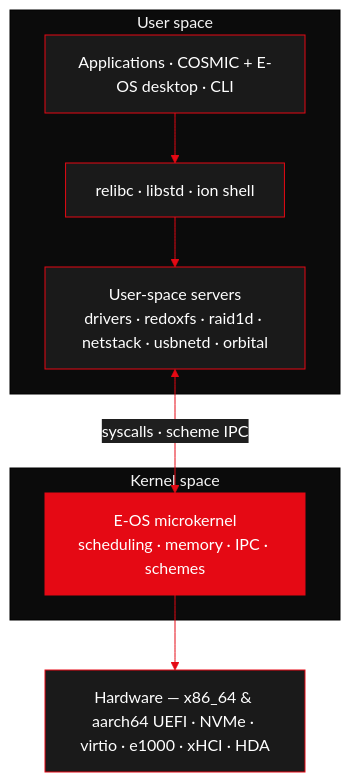
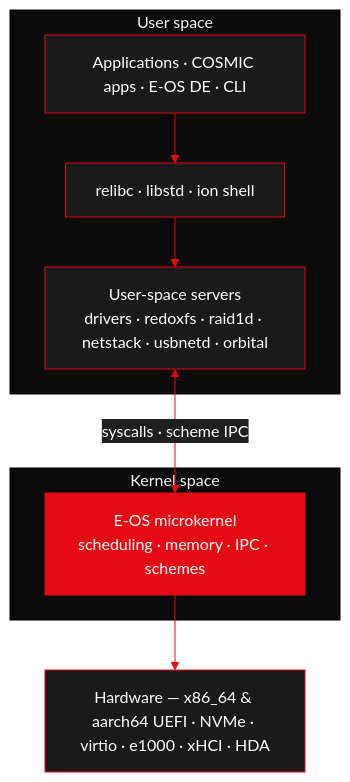
The first of 3 diagrams in README.md (Gh0s777tt/E-OS), drawn with Mermaid before and after one commit. The commit also changed other lines of this file and 15 other files, not shown here.

````diff
--- a/README.md
+++ b/README.md
@@ -148,22 +151,22 @@
 ```mermaid
 %%{init: {'theme':'base','themeVariables':{'primaryColor':'#E50914','primaryTextColor':'#ffffff','primaryBorderColor':'#E50914','lineColor':'#E50914','secondaryColor':'#1f1f1f','tertiaryColor':'#0b0b0b','fontFamily':'Fira Code'}}}%%
 flowchart TD
     subgraph US["User space"]
-        APPS["Applications · COSMIC + E-OS desktop · CLI"]
+        APPS["Applications · COSMIC apps · E-OS DE · CLI"]
         LIBS["relibc · libstd · ion shell"]
         SRV["User-space servers<br/>drivers · redoxfs · raid1d · netstack · usbnetd · orbital"]
     end
     subgraph KS["Kernel space"]
         K["E-OS microkernel<br/>scheduling · memory · IPC · schemes"]
     end
     HW["Hardware — x86_64 &amp; aarch64 UEFI · NVMe · virtio · e1000 · xHCI · HDA"]
 
     APPS --> LIBS --> SRV
     SRV <-->|"syscalls · scheme IPC"| K
     K --> HW
 
     classDef red fill:#E50914,stroke:#E50914,color:#fff;
     classDef dark fill:#1a1a1a,stroke:#E50914,color:#fff;
     class K red;
     class APPS,LIBS,SRV,HW dark;
 ```
````
